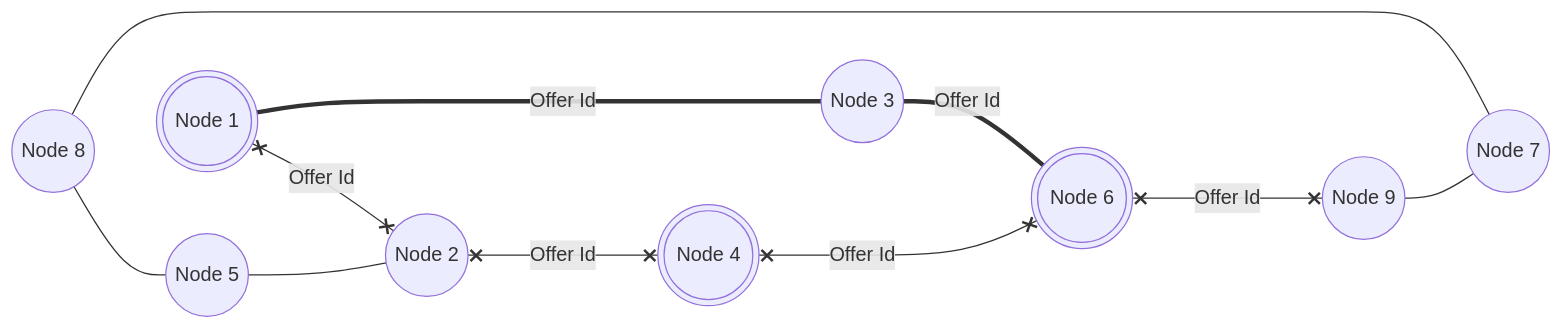
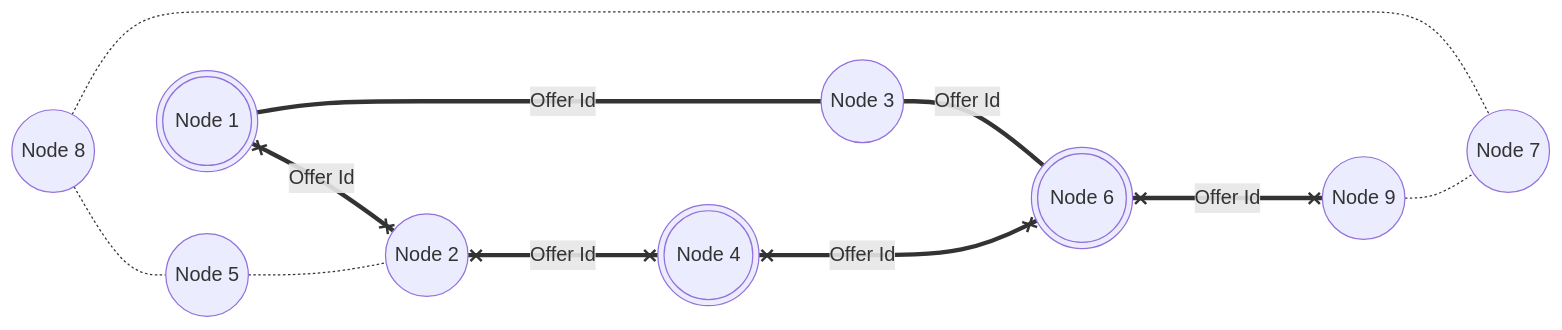
The eighth of 10 diagrams in arch-snapshot/arch.md (golemfactory/golem-architecture), drawn with Mermaid before and after one commit. The commit also changed other lines of this file, not shown here.

Commit message:
Attempt to fix flowchart arrows

````diff
--- a/arch-snapshot/arch.md
+++ b/arch-snapshot/arch.md
@@ -669,23 +669,23 @@
 ```mermaid
 flowchart LR
   Node1(((Node 1)))
   Node2((Node 2))
   Node3((Node 3))
   Node4(((Node 4)))
   Node5((Node 5))
   Node6(((Node 6)))
   Node7((Node 7))
   Node8((Node 8))
   Node9((Node 9))
   
-  Node1 x--x |Offer Id| Node2
+  Node1 x==x |Offer Id| Node2
   Node1 === |Offer Id| Node3
-  Node2 x---x |Offer Id| Node4
+  Node2 x===x |Offer Id| Node4
   Node3 === |Offer Id| Node6
-  Node4 x---x |Offer Id| Node6
-  Node5 --- Node2
-  Node6 x---x |Offer Id| Node9
-  Node8 --- Node7
-  Node8 --- Node5
-  Node9 --- Node7
+  Node4 x===x |Offer Id| Node6
+  Node5 -.- Node2
+  Node6 x===x |Offer Id| Node9
+  Node8 -.- Node7
+  Node8 -.- Node5
+  Node9 -.- Node7
 ```
````
